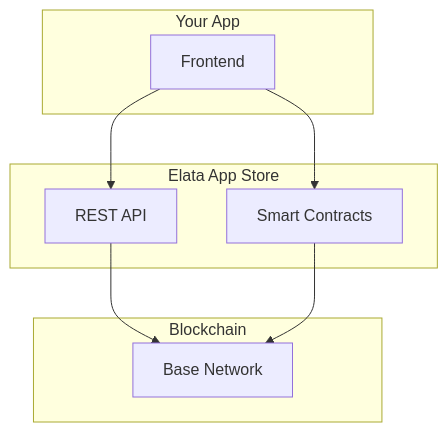
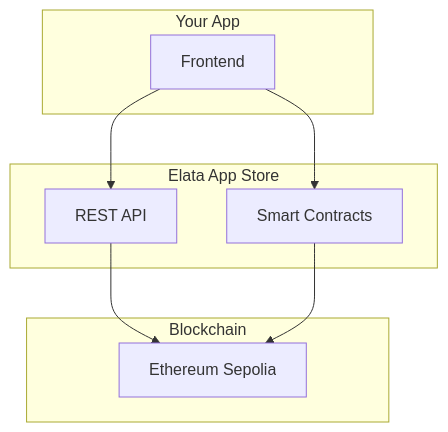
One commit to Elata-Biosciences/docs changed the diagram in builders/api-overview.mdx. Above: the diagram before and after it, drawn with Mermaid. The commit also changed 17 other files, not shown here.

First line of the commit message:
docs: update contract addresses and network references to Ethereum Sepolia

````diff
--- a/builders/api-overview.mdx
+++ b/builders/api-overview.mdx
@@ -14,20 +14,20 @@
 ```mermaid
 graph TB
     subgraph "Your App"
         A[Frontend]
     end
     
     subgraph "Elata App Store"
         B[REST API]
         C[Smart Contracts]
     end
     
     subgraph "Blockchain"
-        D[Base Network]
+        D[Ethereum Sepolia]
     end
     
     A --> B
     A --> C
     B --> D
     C --> D
 ```
````
